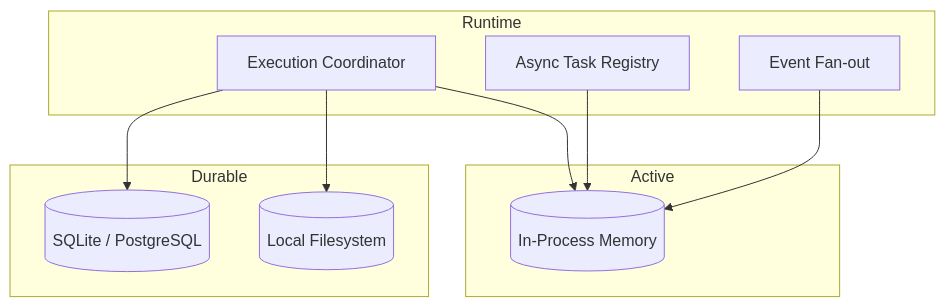
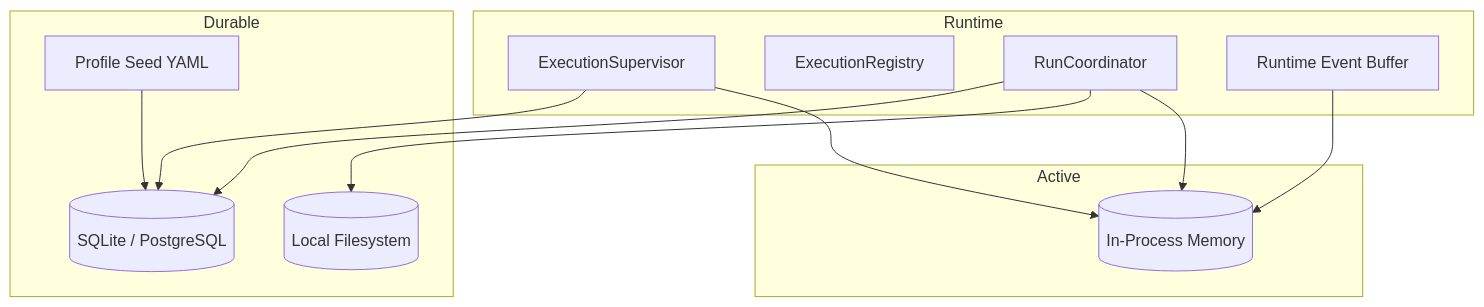
The diagram in packages/ya-claw/spec/03-storage-and-streaming.md (Wh1isper/ya-mono), drawn with Mermaid before and after one commit. The commit also changed other lines of this file and 59 other files, not shown here.

````diff
--- a/packages/ya-claw/spec/03-storage-and-streaming.md
+++ b/packages/ya-claw/spec/03-storage-and-streaming.md
@@ -7,23 +7,27 @@
 ```mermaid
 flowchart TB
     subgraph Runtime
-        EXEC[Execution Coordinator]
-        TASKS[Async Task Registry]
-        EVT[Event Fan-out]
+        SUP[ExecutionSupervisor]
+        REG[ExecutionRegistry]
+        COORD[RunCoordinator]
+        BUF[Runtime Event Buffer]
     end
 
     subgraph Durable
         SQL[(SQLite / PostgreSQL)]
         FS[(Local Filesystem)]
+        YAML[Profile Seed YAML]
     end
 
     subgraph Active
         MEM[(In-Process Memory)]
     end
 
-    EXEC --> SQL
-    EXEC --> FS
-    EXEC --> MEM
-    TASKS --> MEM
-    EVT --> MEM
+    SUP --> SQL
+    SUP --> MEM
+    COORD --> SQL
+    COORD --> FS
+    COORD --> MEM
+    BUF --> MEM
+    YAML --> SQL
 ```
````
